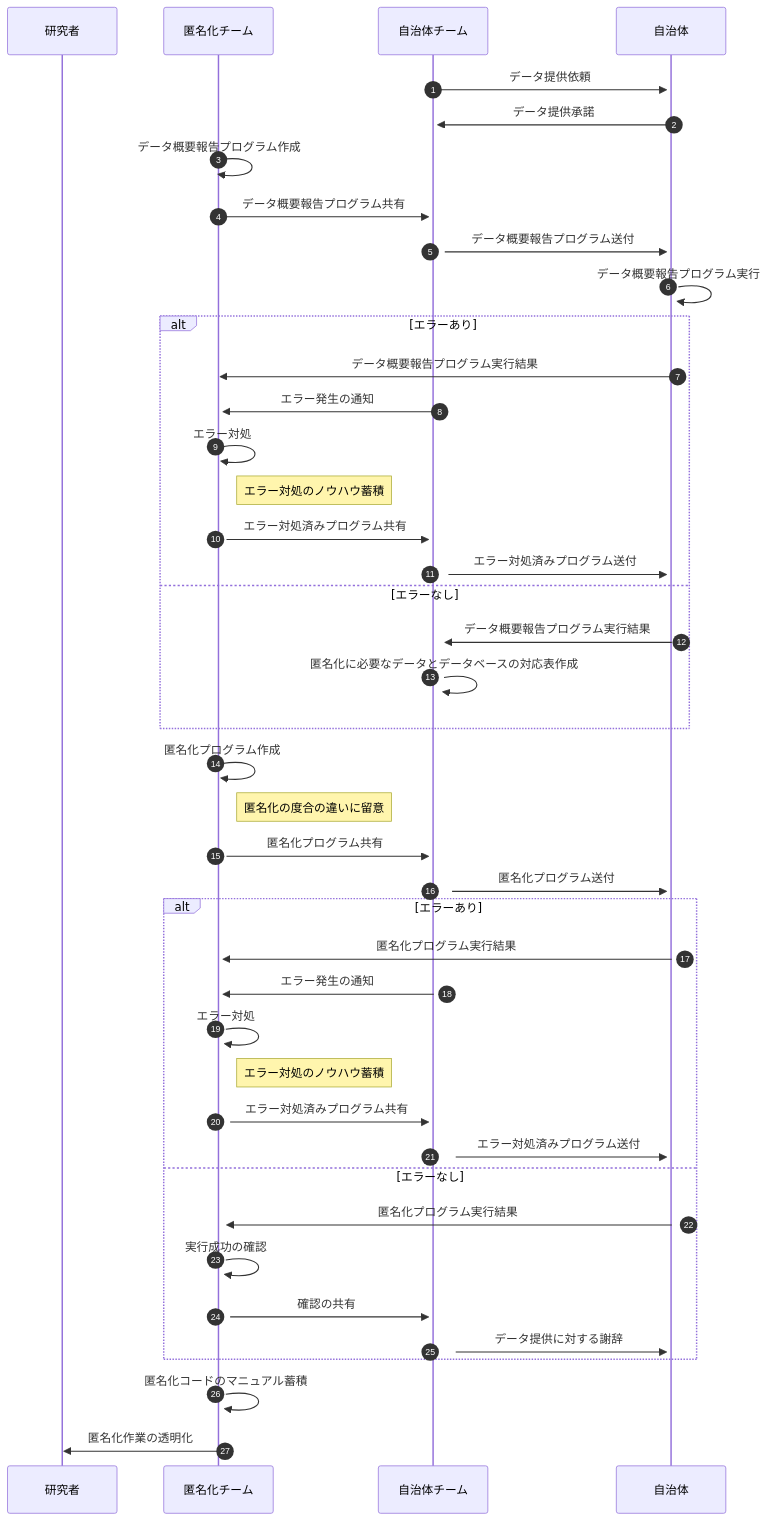
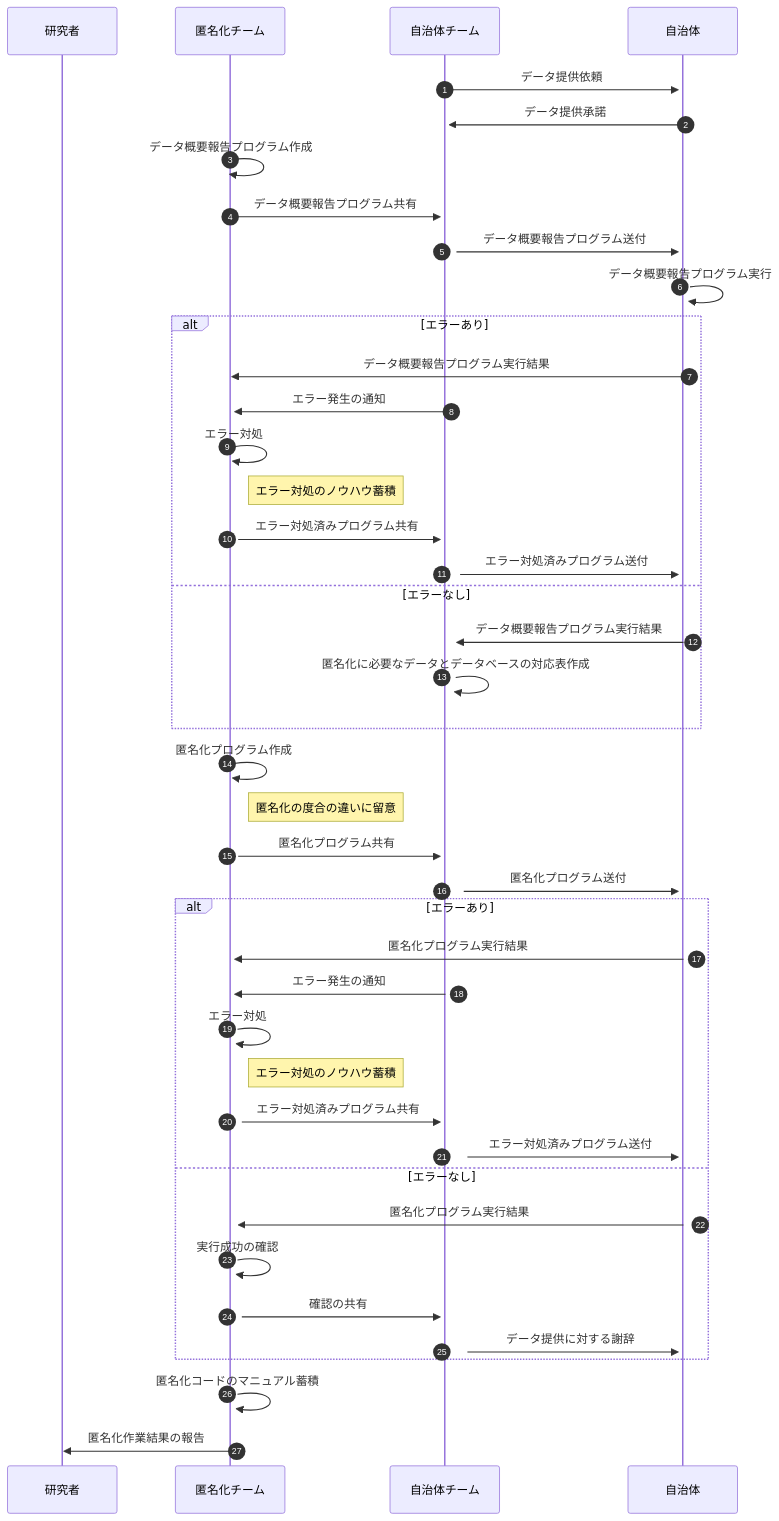
Before and after one commit to CREPE-UTokyo/jichitai-anon: the diagram in README.md, drawn with Mermaid.

Commit message:
docs: add last action

````diff
--- a/README.md
+++ b/README.md
@@ -9,48 +9,48 @@
 ```mermaid
 sequenceDiagram
     autonumber
     participant 研究者
     participant 匿名化チーム
     participant 自治体チーム
     participant 自治体
 
 
     自治体チーム ->> +自治体 : データ提供依頼
     自治体     ->> +自治体チーム : データ提供承諾
     匿名化チーム ->> 匿名化チーム : データ概要報告プログラム作成
     匿名化チーム ->> +自治体チーム : データ概要報告プログラム共有
     自治体チーム ->> +自治体 : データ概要報告プログラム送付
     自治体 ->> 自治体 : データ概要報告プログラム実行
     alt エラーあり
         自治体 ->> 匿名化チーム : データ概要報告プログラム実行結果
         自治体チーム ->> +匿名化チーム : エラー発生の通知
         匿名化チーム ->> 匿名化チーム : エラー対処
         Note right of 匿名化チーム : エラー対処のノウハウ蓄積
         匿名化チーム ->> +自治体チーム : エラー対処済みプログラム共有
         自治体チーム ->> +自治体 : エラー対処済みプログラム送付
     else エラーなし
         自治体 ->> 自治体チーム : データ概要報告プログラム実行結果
         自治体チーム ->> 自治体チーム : 匿名化に必要なデータとデータベースの対応表作成
     end
     匿名化チーム ->> 匿名化チーム : 匿名化プログラム作成
     Note right of 匿名化チーム : 匿名化の度合の違いに留意
     匿名化チーム ->> +自治体チーム : 匿名化プログラム共有
     自治体チーム ->> +自治体 : 匿名化プログラム送付
     alt エラーあり
         自治体 ->> 匿名化チーム : 匿名化プログラム実行結果
         自治体チーム ->> +匿名化チーム : エラー発生の通知
         匿名化チーム ->> 匿名化チーム : エラー対処
         Note right of 匿名化チーム : エラー対処のノウハウ蓄積
         匿名化チーム ->> +自治体チーム : エラー対処済みプログラム共有
         自治体チーム ->> +自治体 : エラー対処済みプログラム送付
     else エラーなし
         自治体 ->> 匿名化チーム : 匿名化プログラム実行結果
         匿名化チーム ->> 匿名化チーム : 実行成功の確認
         匿名化チーム ->> 自治体チーム : 確認の共有
         自治体チーム ->> 自治体 : データ提供に対する謝辞
     end
     匿名化チーム ->> 匿名化チーム : 匿名化コードのマニュアル蓄積
-    匿名化チーム ->> 研究者　:　匿名化作業の透明化
+    匿名化チーム ->> 研究者　:　匿名化作業結果の報告
 
 
 ```
````
